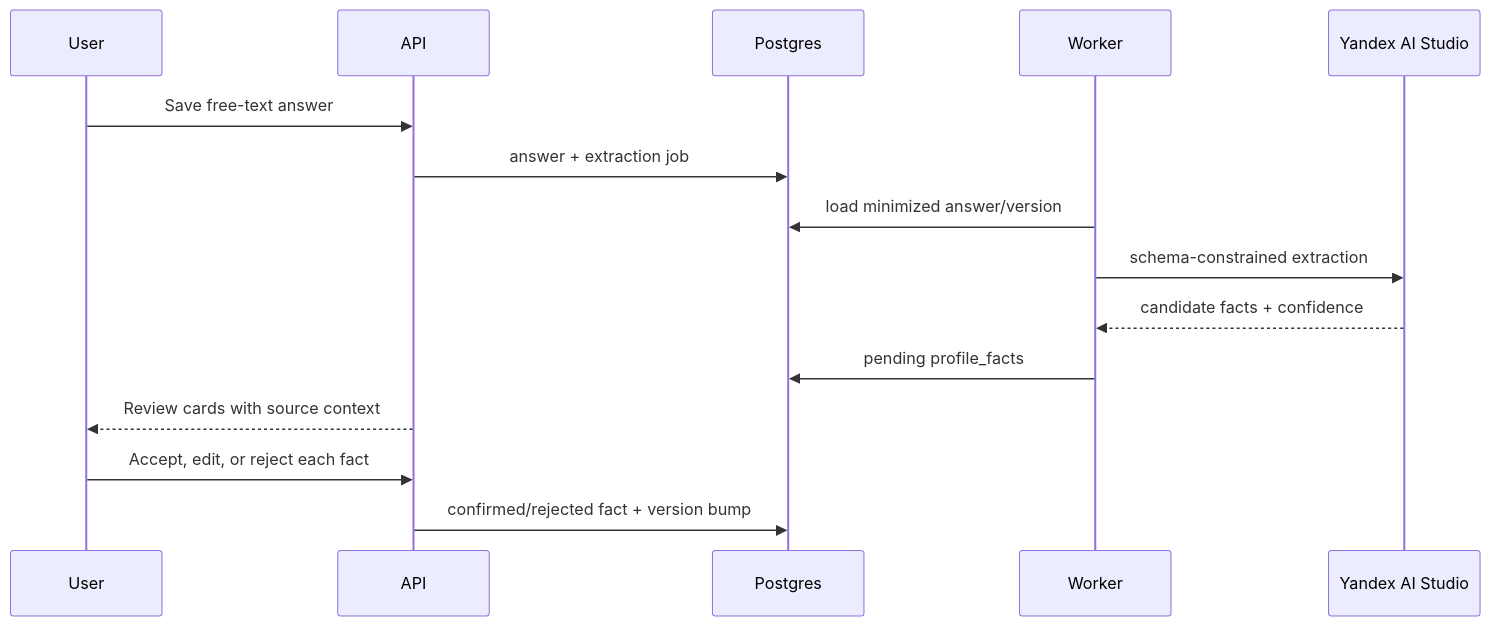
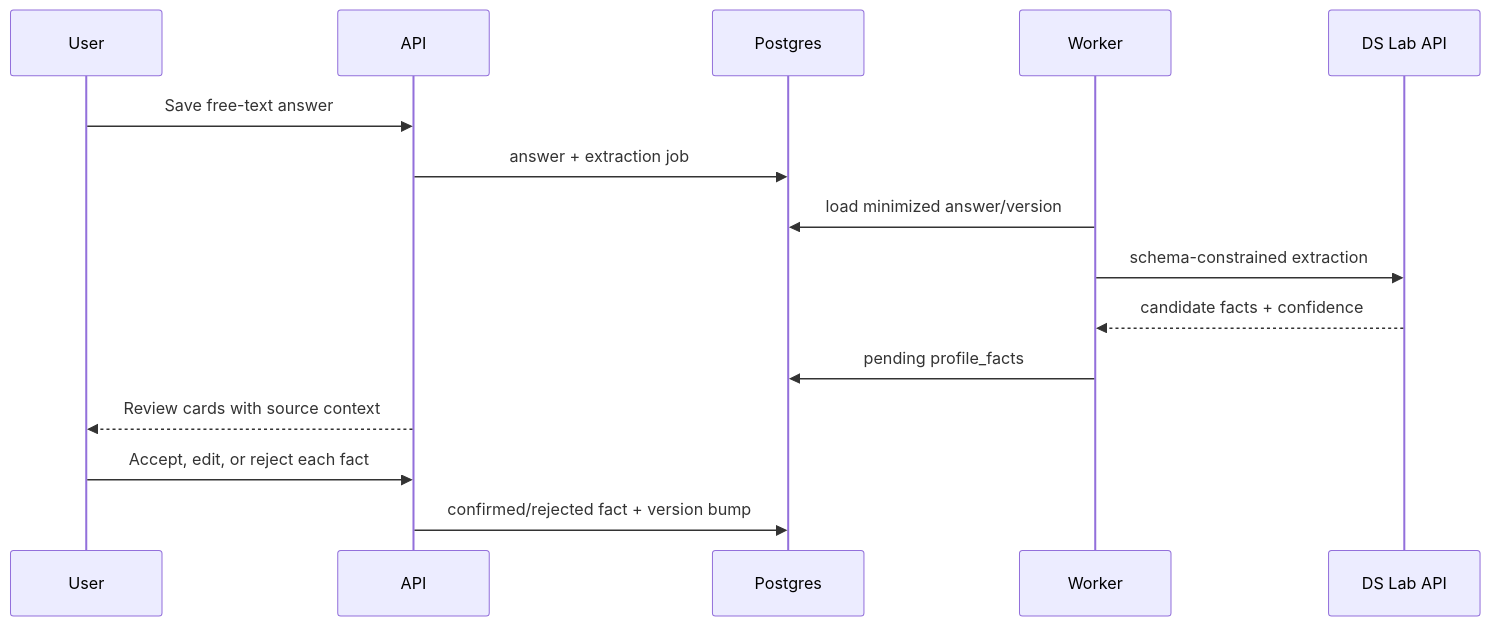
The second of 2 diagrams in docs/architecture/onboarding.md (ek2kk/ai-matchmaker), drawn with Mermaid before and after one commit. The commit also changed other lines of this file and 56 other files, not shown here.

````diff
--- a/docs/architecture/onboarding.md
+++ b/docs/architecture/onboarding.md
@@ -62,18 +62,18 @@
 ```mermaid
 sequenceDiagram
     participant U as User
     participant API
     participant DB as Postgres
     participant W as Worker
-    participant AI as Yandex AI Studio
+    participant AI as DS Lab API
 
     U->>API: Save free-text answer
     API->>DB: answer + extraction job
     W->>DB: load minimized answer/version
     W->>AI: schema-constrained extraction
     AI-->>W: candidate facts + confidence
     W->>DB: pending profile_facts
     API-->>U: Review cards with source context
     U->>API: Accept, edit, or reject each fact
     API->>DB: confirmed/rejected fact + version bump
 ```
````
